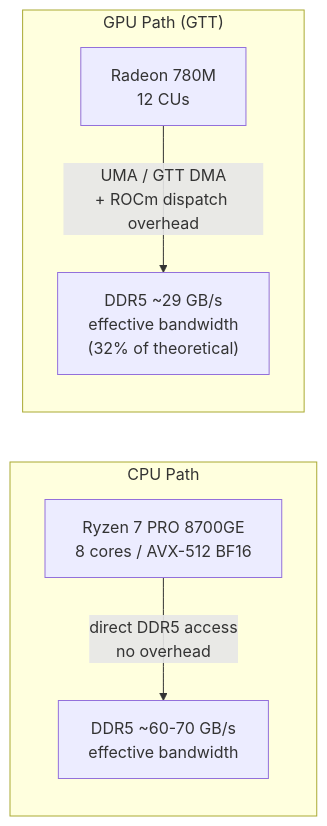
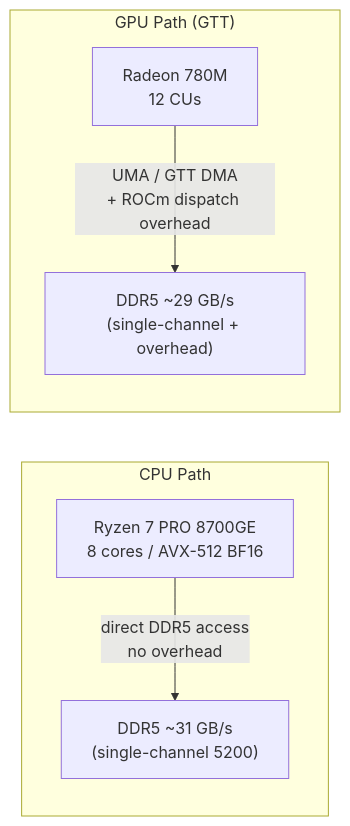
The sixth of 9 diagrams in content/posts/running-a-local-llm-on-amd-radeon-780m-gfx1103-rocm-and-the-gpu-that-wasnt-supposed-to-work.md (lorenzogirardi/website), drawn with Mermaid before and after one commit. The commit also changed other lines of this file, not shown here.

Commit message:
Update content/posts/running-a-local-llm-on-amd-radeon-780m-gfx1103-rocm-and-the-gpu-that-wasnt-supposed-to-work.md (via Pages CMS)

````diff
--- a/content/posts/running-a-local-llm-on-amd-radeon-780m-gfx1103-rocm-and-the-gpu-that-wasnt-supposed-to-work.md
+++ b/content/posts/running-a-local-llm-on-amd-radeon-780m-gfx1103-rocm-and-the-gpu-that-wasnt-supposed-to-work.md
@@ -290,10 +292,10 @@
-```mermaid
+{{< mermaid >}}
 graph LR
     subgraph CPU["CPU Path"]
-        CPU_CORE["Ryzen 7 PRO 8700GE\n8 cores / AVX-512 BF16"] -->|direct DDR5 access\nno overhead| DDR5_CPU["DDR5 ~60-70 GB/s\neffective bandwidth"]
+        CPU_CORE["Ryzen 7 PRO 8700GE\n8 cores / AVX-512 BF16"] -->|direct DDR5 access\nno overhead| DDR5_CPU["DDR5 ~31 GB/s\n(single-channel 5200)"]
     end
 
     subgraph GPU["GPU Path (GTT)"]
-        GPU_CU["Radeon 780M\n12 CUs"] -->|UMA / GTT DMA\n+ ROCm dispatch overhead| DDR5_GPU["DDR5 ~29 GB/s\neffective bandwidth\n(32% of theoretical)"]
+        GPU_CU["Radeon 780M\n12 CUs"] -->|UMA / GTT DMA\n+ ROCm dispatch overhead| DDR5_GPU["DDR5 ~29 GB/s\n(single-channel + overhead)"]
     end
-```
+{{< /mermaid >}}
````
